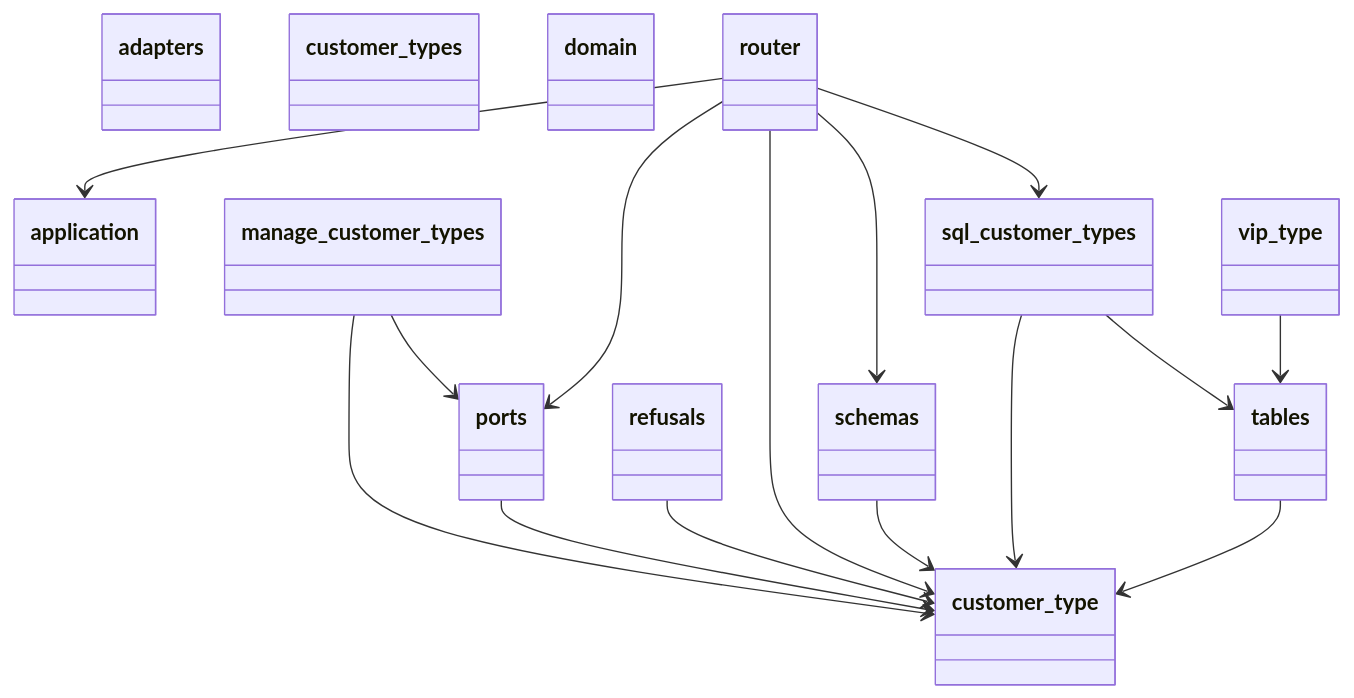
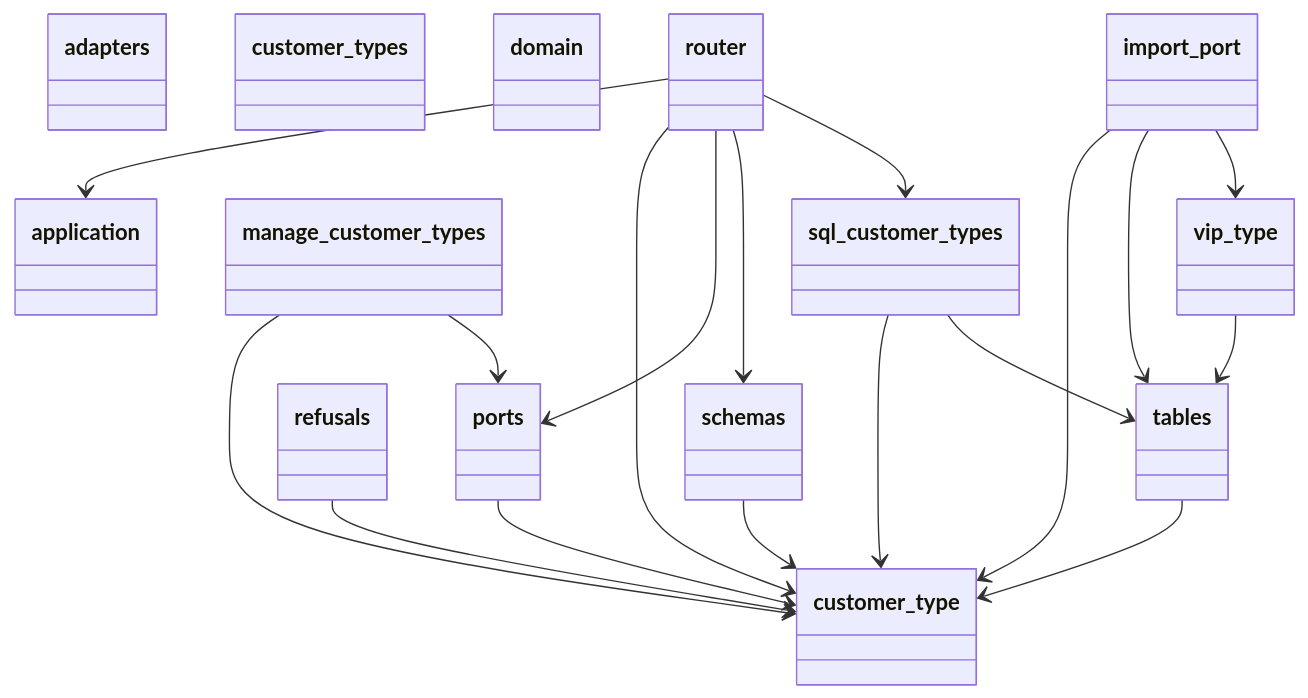
One commit to GonzaloZevallos/apostrophe changed the first of 4 diagrams in docs/architecture/generated/classes/customer_types.md. Above: the diagram before and after it, drawn with Mermaid. The commit also changed other lines of this file and 2 other files, not shown here.

Commit message:
Regenerate the architecture docs for the VIP type import port

````diff
--- a/docs/architecture/generated/classes/customer_types.md
+++ b/docs/architecture/generated/classes/customer_types.md
@@ -7,43 +7,48 @@
 ```mermaid
 classDiagram
   class adapters {
   }
   class application {
   }
   class customer_type {
   }
   class customer_types {
   }
   class domain {
+  }
+  class import_port {
   }
   class manage_customer_types {
   }
   class ports {
   }
   class refusals {
   }
   class router {
   }
   class schemas {
   }
   class sql_customer_types {
   }
   class tables {
   }
   class vip_type {
   }
+  import_port --> customer_type
+  import_port --> tables
+  import_port --> vip_type
   manage_customer_types --> customer_type
   manage_customer_types --> ports
   ports --> customer_type
   refusals --> customer_type
   router --> application
   router --> customer_type
   router --> ports
   router --> schemas
   router --> sql_customer_types
   schemas --> customer_type
   sql_customer_types --> customer_type
   sql_customer_types --> tables
   tables --> customer_type
   vip_type --> tables
 ```
````
